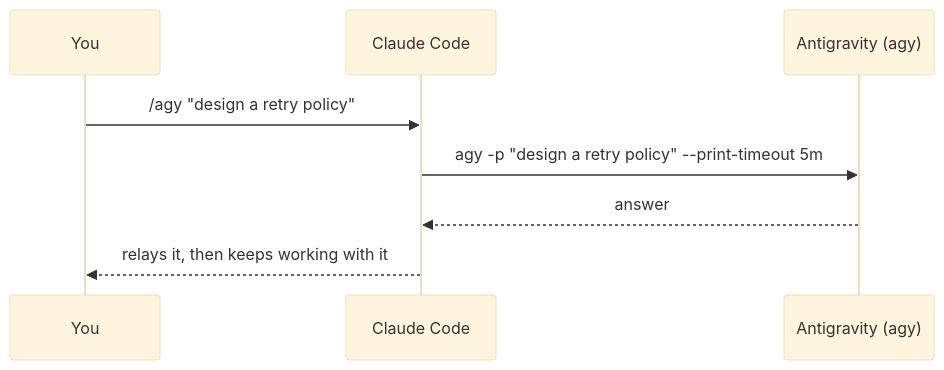
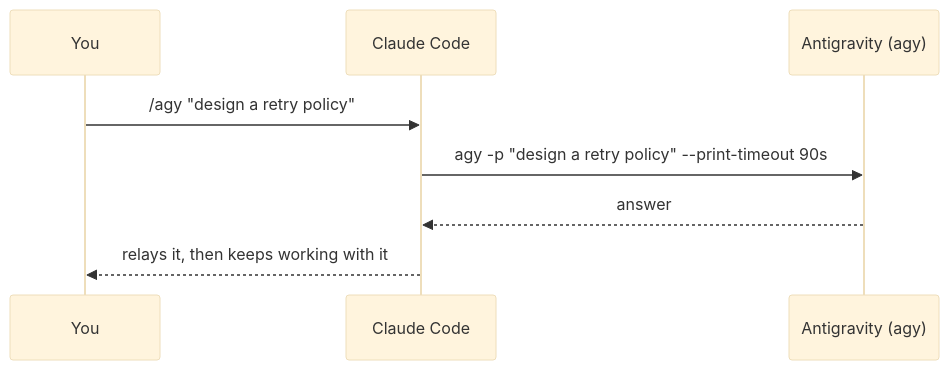
The diagram in README.md (AIgen-Solutions-s-r-l/agy-claude-plugin), drawn with Mermaid (base theme) before and after one commit. The commit also changed other lines of this file and 4 other files, not shown here.

````diff
--- a/README.md
+++ b/README.md
@@ -31,10 +34,10 @@
 ```mermaid
 sequenceDiagram
     participant You
     participant Claude as Claude Code
     participant Agy as Antigravity (agy)
     You->>Claude: /agy "design a retry policy"
-    Claude->>Agy: agy -p "design a retry policy" --print-timeout 5m
+    Claude->>Agy: agy -p "design a retry policy" --print-timeout 90s
     Agy-->>Claude: answer
     Claude-->>You: relays it, then keeps working with it
 ```
````
